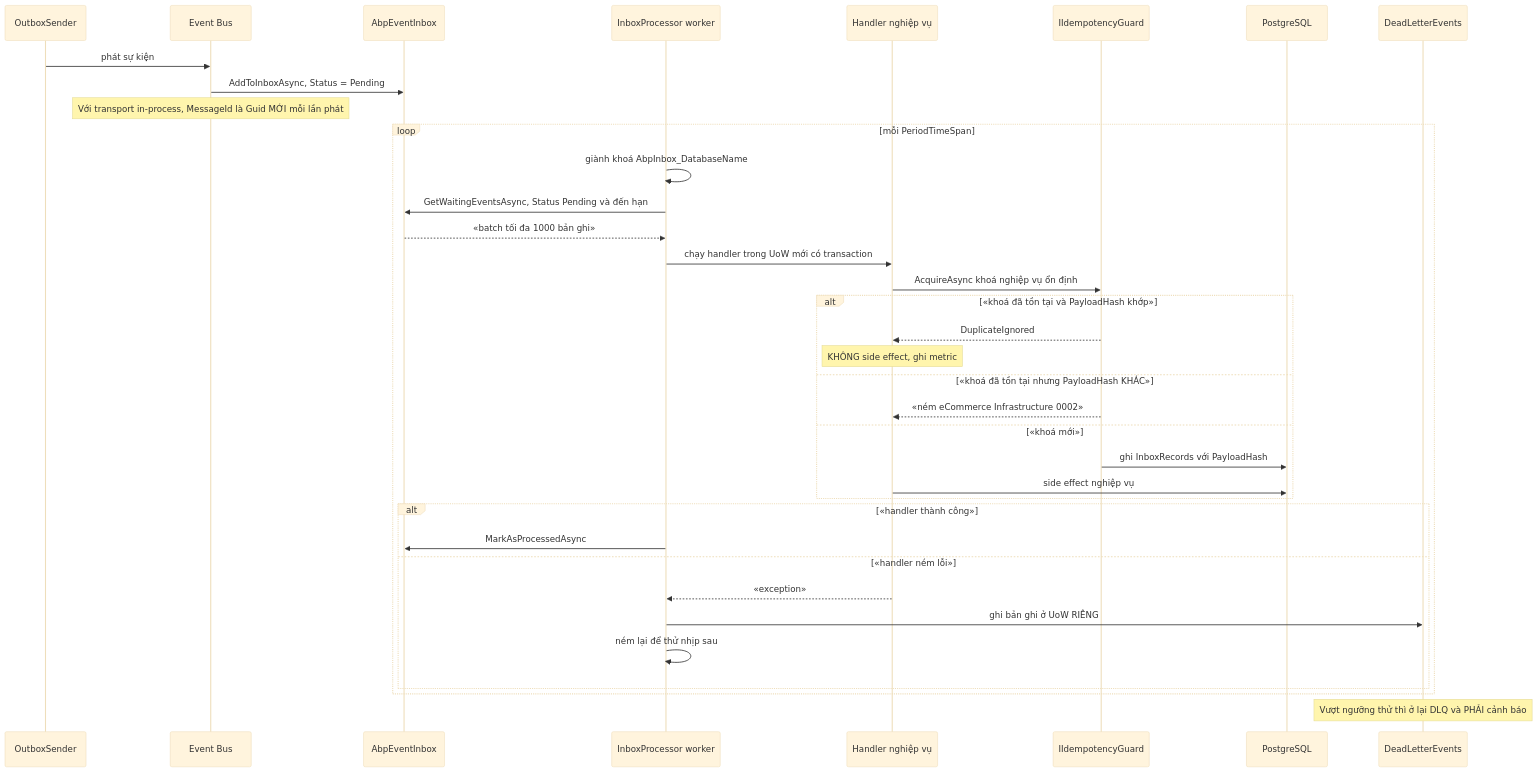
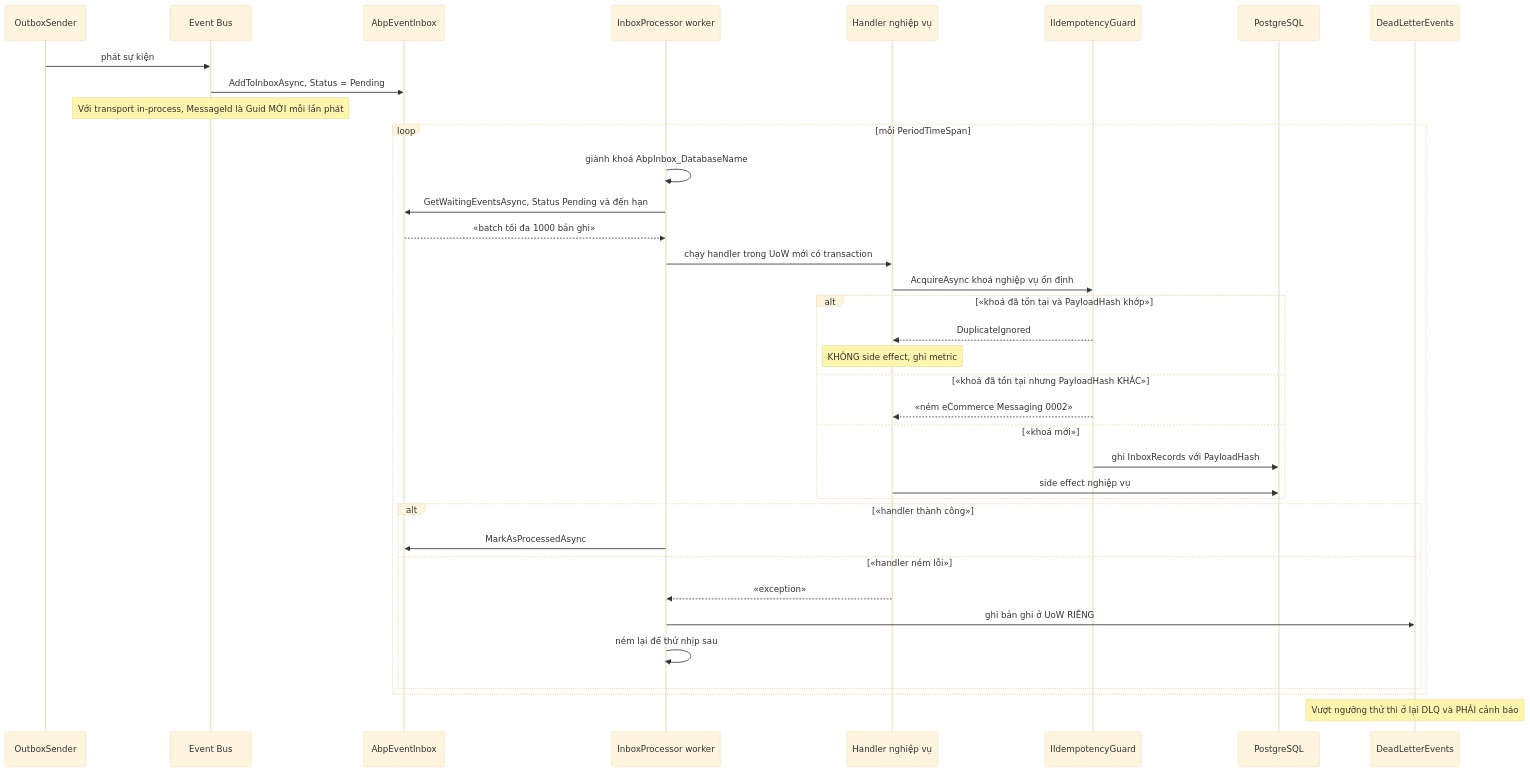
Before and after one commit to hungnt9801/eCommerce: the fifth of 7 diagrams in docs/features/XC-002-outbox-inbox-chong-trung-su-kien.md, drawn with Mermaid (base theme). The commit also changed other lines of this file and 1 other file, not shown here.

Commit message:
docs(XC-002): doi lai ten module thanh Messaging theo de xuat (thay Infrastructure) - 93 cho; xoa ghi chu ve 'Infrastructure la ten tang' (khong con ap dung); quy uoc tien to nay nhat quan Messaging/messaging

````diff
--- a/docs/features/XC-002-outbox-inbox-chong-trung-su-kien.md
+++ b/docs/features/XC-002-outbox-inbox-chong-trung-su-kien.md
@@ -275,39 +275,39 @@
 ```mermaid
 sequenceDiagram
     participant RELAY as OutboxSender
     participant BUS as Event Bus
     participant IN as AbpEventInbox
     participant PROC as InboxProcessor worker
     participant H as Handler nghiệp vụ
     participant G as IIdempotencyGuard
     participant DB as PostgreSQL
     participant DLQ as DeadLetterEvents
 
     RELAY->>BUS: phát sự kiện
     BUS->>IN: AddToInboxAsync, Status = Pending
     Note over BUS: Với transport in-process, MessageId là Guid MỚI mỗi lần phát
     loop mỗi PeriodTimeSpan
         PROC->>PROC: giành khoá AbpInbox_DatabaseName
         PROC->>IN: GetWaitingEventsAsync, Status Pending và đến hạn
         IN-->>PROC: «batch tối đa 1000 bản ghi»
         PROC->>H: chạy handler trong UoW mới có transaction
         H->>G: AcquireAsync khoá nghiệp vụ ổn định
         alt «khoá đã tồn tại và PayloadHash khớp»
             G-->>H: DuplicateIgnored
             Note over H: KHÔNG side effect, ghi metric
         else «khoá đã tồn tại nhưng PayloadHash KHÁC»
-            G-->>H: «ném eCommerce Infrastructure 0002»
+            G-->>H: «ném eCommerce Messaging 0002»
         else «khoá mới»
             G->>DB: ghi InboxRecords với PayloadHash
             H->>DB: side effect nghiệp vụ
         end
         alt «handler thành công»
             PROC->>IN: MarkAsProcessedAsync
         else «handler ném lỗi»
             H-->>PROC: «exception»
             PROC->>DLQ: ghi bản ghi ở UoW RIÊNG
             PROC->>PROC: ném lại để thử nhịp sau
         end
     end
     Note over DLQ: Vượt ngưỡng thử thì ở lại DLQ và PHẢI cảnh báo
 ```
````
